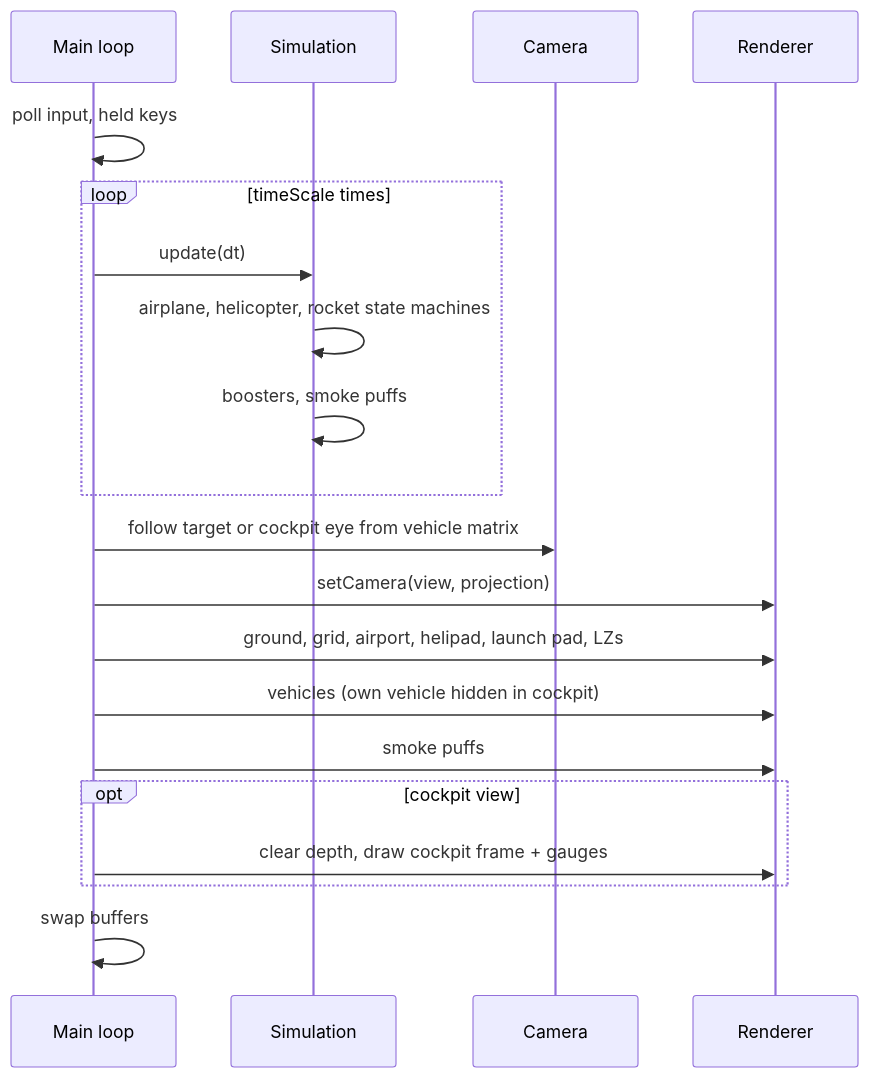
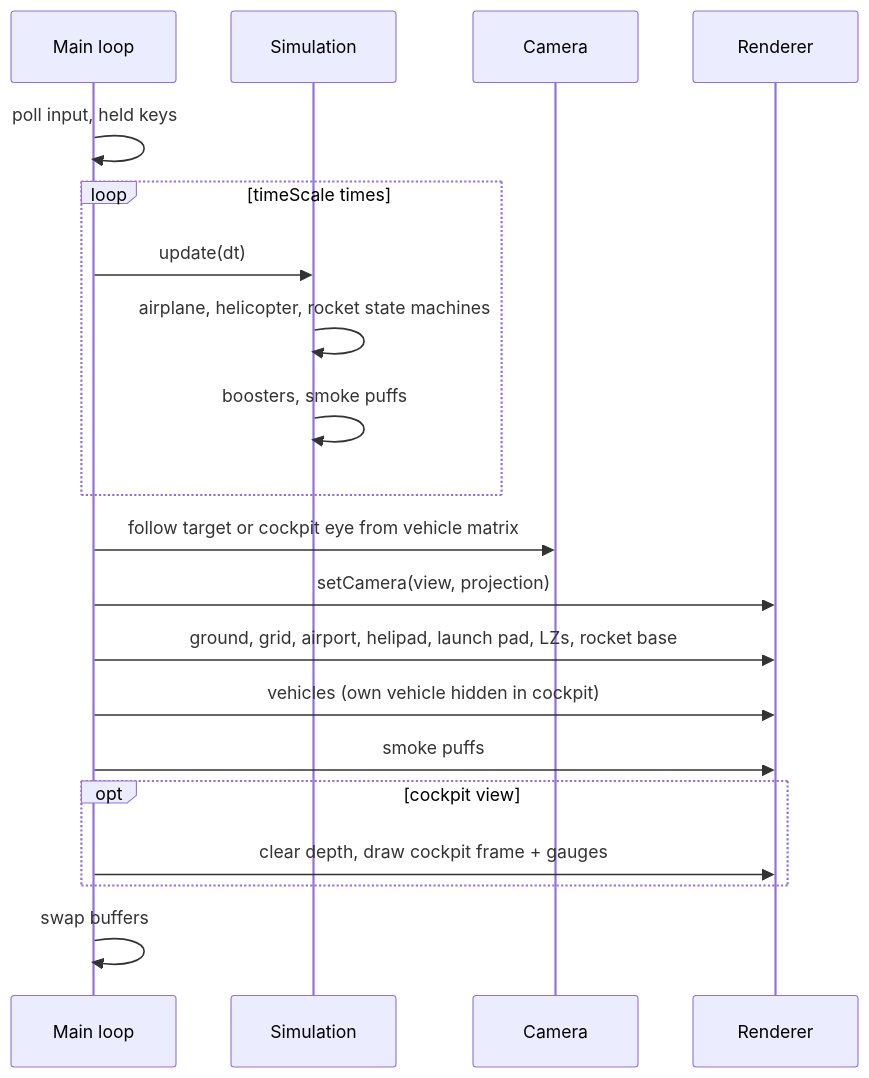
Before and after one commit to shishir-kuet/airport-atc-simulation-opengl: the second of 5 diagrams in README.md, drawn with Mermaid. The commit also changed other lines of this file, not shown here.

First line of the commit message:
docs: document rocket base, cockpit controls and overhead hold

````diff
--- a/README.md
+++ b/README.md
@@ -196,22 +198,22 @@
 ```mermaid
 sequenceDiagram
     participant App as Main loop
     participant Sim as Simulation
     participant Cam as Camera
     participant R as Renderer
     App->>App: poll input, held keys
     loop timeScale times
         App->>Sim: update(dt)
         Sim->>Sim: airplane, helicopter, rocket state machines
         Sim->>Sim: boosters, smoke puffs
     end
     App->>Cam: follow target or cockpit eye from vehicle matrix
     App->>R: setCamera(view, projection)
-    App->>R: ground, grid, airport, helipad, launch pad, LZs
+    App->>R: ground, grid, airport, helipad, launch pad, LZs, rocket base
     App->>R: vehicles (own vehicle hidden in cockpit)
     App->>R: smoke puffs
     opt cockpit view
         App->>R: clear depth, draw cockpit frame + gauges
     end
     App->>App: swap buffers
 ```
````
